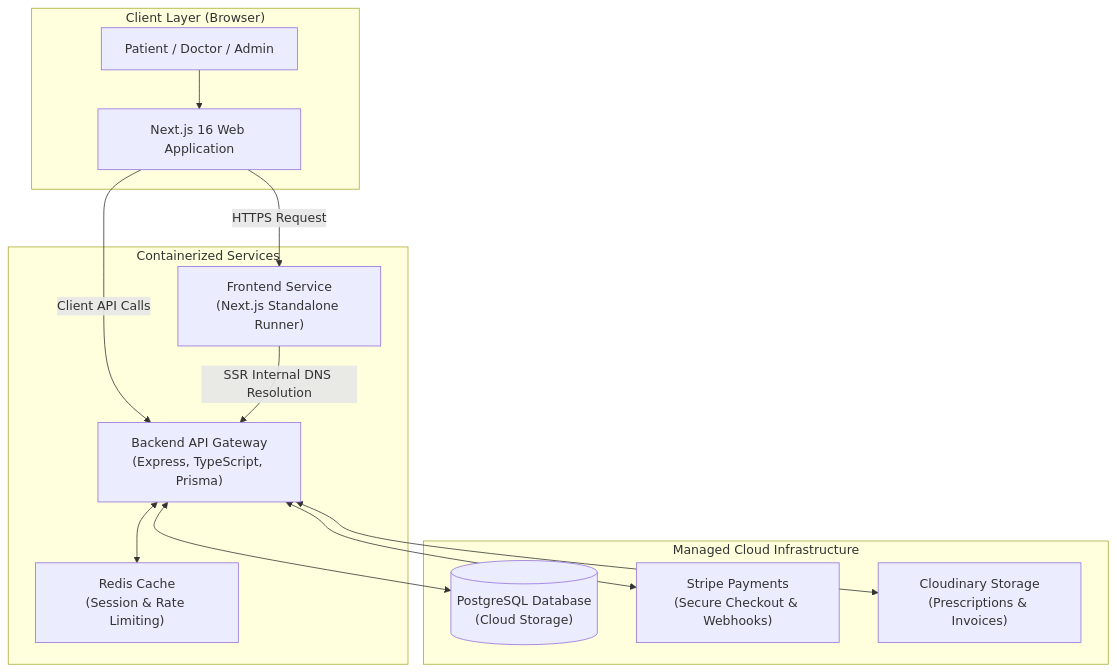
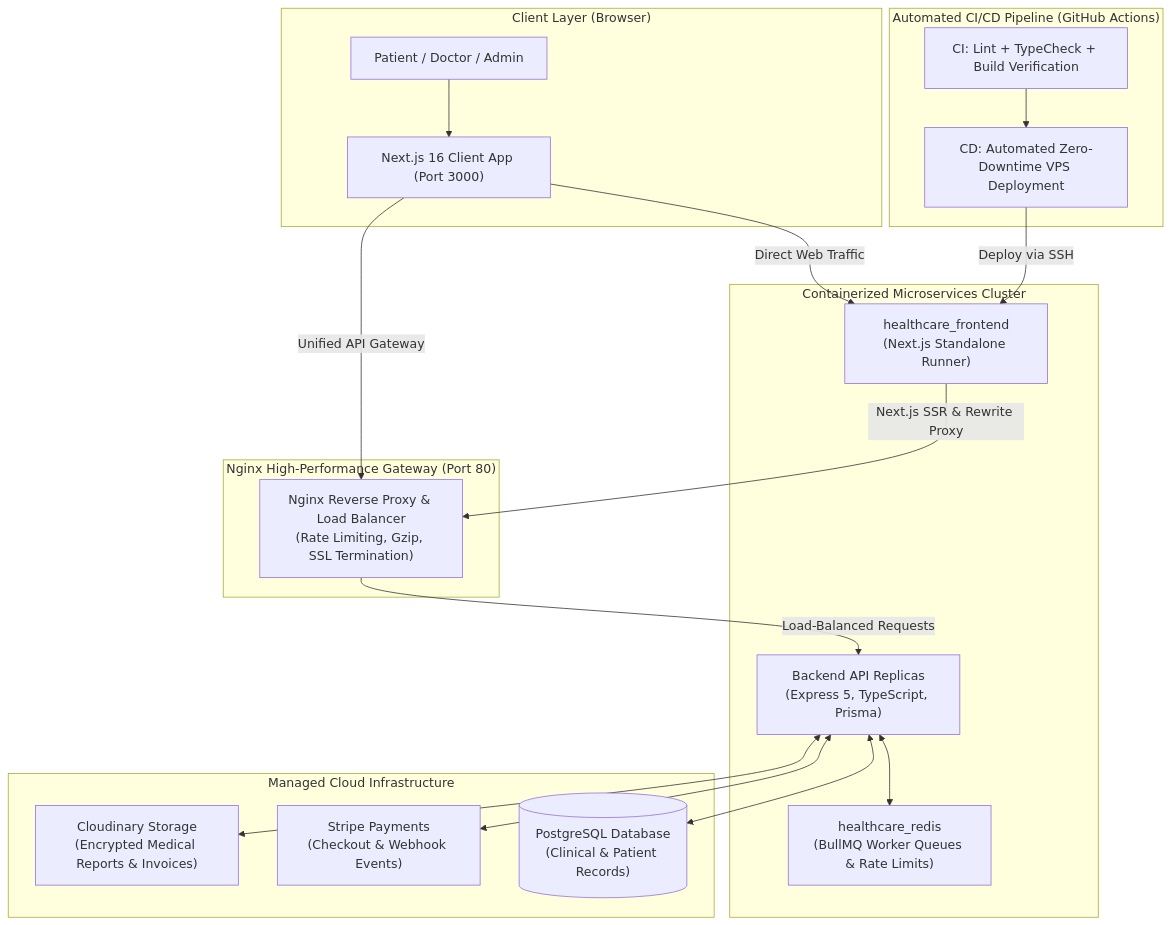
Before and after one commit to alifhossinsajjad/Health-Care-Frontend: the diagram in README.md, drawn with Mermaid. The commit also changed other lines of this file, not shown here.

Commit message:
docs: update README with CI/CD pipeline, Nginx single gateway architecture, and admin telemetry monitoring

````diff
--- a/README.md
+++ b/README.md
@@ -25,28 +26,39 @@
 ```mermaid
 flowchart TD
     subgraph Client_Layer ["Client Layer (Browser)"]
         User["Patient / Doctor / Admin"]
-        UI["Next.js 16 Web Application"]
+        Browser["Next.js 16 Client App (Port 3000)"]
     end
 
-    subgraph Container_Cluster ["Containerized Services"]
-        Frontend["Frontend Service<br/>(Next.js Standalone Runner)"]
-        BackendAPI["Backend API Gateway<br/>(Express, TypeScript, Prisma)"]
-        RedisCache["Redis Cache<br/>(Session & Rate Limiting)"]
+    subgraph Gateway_Layer ["Nginx High-Performance Gateway (Port 80)"]
+        NginxGateway["Nginx Reverse Proxy & Load Balancer<br/>(Rate Limiting, Gzip, SSL Termination)"]
     end
 
-    subgraph Cloud_Infrastructure ["Managed Cloud Infrastructure"]
-        PostgresDB[("PostgreSQL Database<br/>(Cloud Storage)")]
-        StripeGateway["Stripe Payments<br/>(Secure Checkout & Webhooks)"]
-        CloudinaryCDN["Cloudinary Storage<br/>(Prescriptions & Invoices)"]
+    subgraph CI_CD ["Automated CI/CD Pipeline (GitHub Actions)"]
+        CI["CI: Lint + TypeCheck + Build Verification"]
+        CD["CD: Automated Zero-Downtime VPS Deployment"]
     end
 
-    User --> UI
-    UI -->|HTTPS Request| Frontend
-    UI -->|Client API Calls| BackendAPI
-    Frontend -->|SSR Internal DNS Resolution| BackendAPI
-    BackendAPI <--> RedisCache
-    BackendAPI <--> PostgresDB
-    BackendAPI <--> StripeGateway
-    BackendAPI <--> CloudinaryCDN
+    subgraph Container_Cluster ["Containerized Microservices Cluster"]
+        FrontendContainer["healthcare_frontend<br/>(Next.js Standalone Runner)"]
+        BackendCluster["Backend API Replicas<br/>(Express 5, TypeScript, Prisma)"]
+        RedisQueues["healthcare_redis<br/>(BullMQ Worker Queues & Rate Limits)"]
+    end
+
+    subgraph Cloud_Services ["Managed Cloud Infrastructure"]
+        PostgresDB[("PostgreSQL Database<br/>(Clinical & Patient Records)")]
+        StripeGateway["Stripe Payments<br/>(Checkout & Webhook Events)"]
+        CloudinaryCDN["Cloudinary Storage<br/>(Encrypted Medical Reports & Invoices)"]
+    end
+
+    User --> Browser
+    Browser -->|Direct Web Traffic| FrontendContainer
+    Browser -->|Unified API Gateway| NginxGateway
+    FrontendContainer -->|Next.js SSR & Rewrite Proxy| NginxGateway
+    NginxGateway -->|Load-Balanced Requests| BackendCluster
+    BackendCluster <--> RedisQueues
+    BackendCluster <--> PostgresDB
+    BackendCluster <--> StripeGateway
+    BackendCluster <--> CloudinaryCDN
+    CI --> CD -->|Deploy via SSH| FrontendContainer
 ```
````
